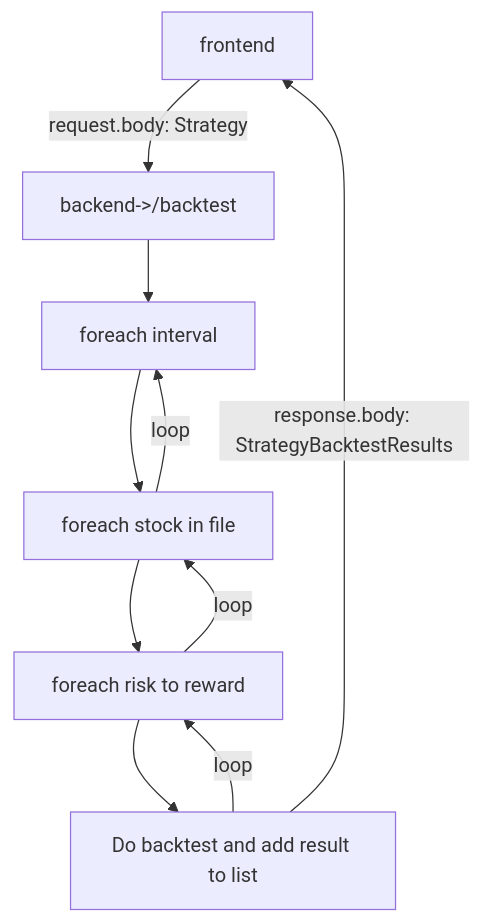
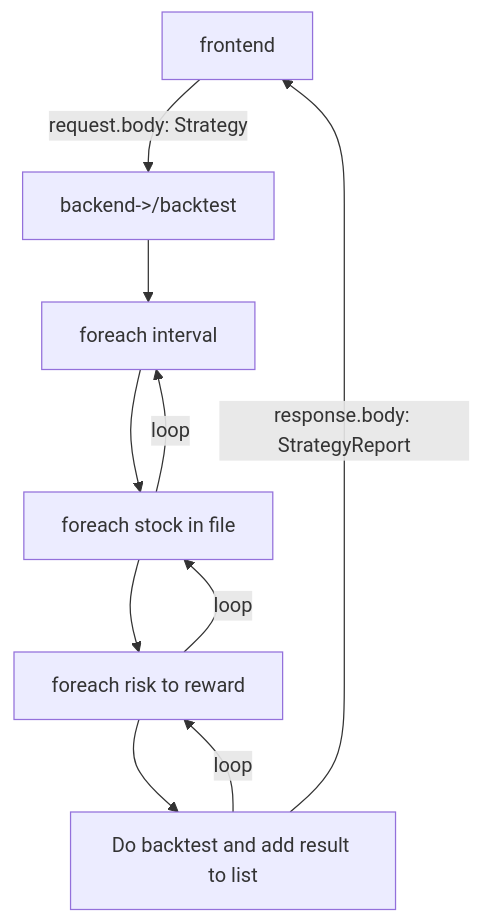
The diagram in README.md (valentinoromansi/stock-strategy-backtester-backend), drawn with Mermaid before and after one commit. The commit also changed 5 other files, not shown here.

````diff
--- a/README.md
+++ b/README.md
@@ -13,13 +13,13 @@
 ```mermaid
 graph TD
    A[frontend] --> |request.body: Strategy| B
    B[backend->/backtest]-->D[foreach interval]
    D-->F[foreach stock in file]
    F-->G[foreach risk to reward]
    G-->H[Do backtest and add result to list]
    H-->|loop|G
    G-->|loop|F
    F-->|loop|D
-   H-->|response.body: StrategyBacktestResults|A[frontend]
+   H-->|response.body: StrategyReport|A[frontend]
 
 ```
````
